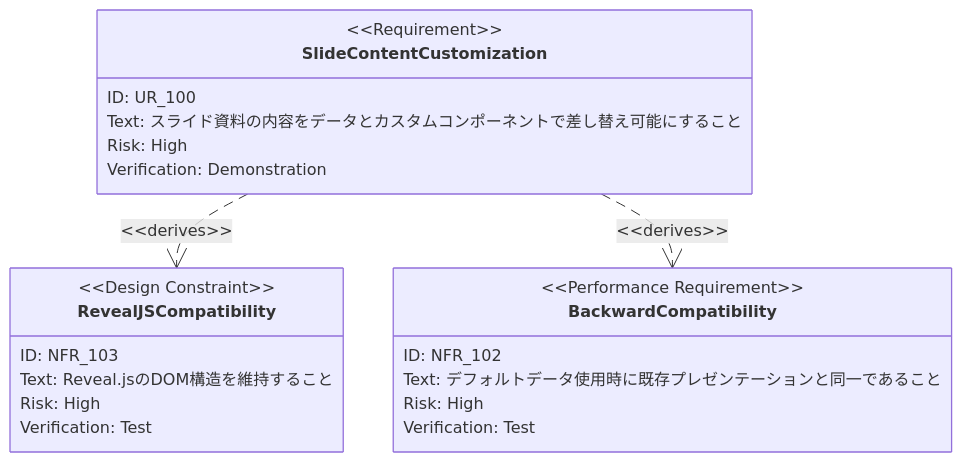
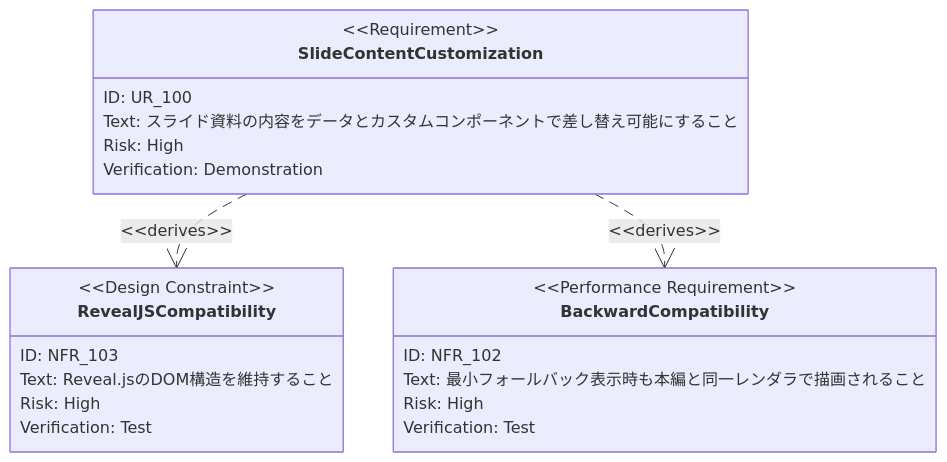
One commit to ToshikiImagawa/slide-presentation-app changed the eighth of 8 diagrams in .sdd/requirement/slide-content-customization.md. Above: the diagram before and after it, drawn with Mermaid. The commit also changed other lines of this file and 25 other files, not shown here.

````diff
--- a/.sdd/requirement/slide-content-customization.md
+++ b/.sdd/requirement/slide-content-customization.md
@@ -399,26 +399,26 @@
 ```mermaid
 requirementDiagram
     requirement SlideContentCustomization {
         id: UR_100
         text: "スライド資料の内容をデータとカスタムコンポーネントで差し替え可能にすること"
         risk: high
         verifymethod: demonstration
     }
 
     designConstraint RevealJSCompatibility {
         id: NFR_103
         text: "Reveal.jsのDOM構造を維持すること"
         risk: high
         verifymethod: test
     }
 
     performanceRequirement BackwardCompatibility {
         id: NFR_102
-        text: "デフォルトデータ使用時に既存プレゼンテーションと同一であること"
+        text: "最小フォールバック表示時も本編と同一レンダラで描画されること"
         risk: high
         verifymethod: test
     }
 
     SlideContentCustomization - derives -> RevealJSCompatibility
     SlideContentCustomization - derives -> BackwardCompatibility
 ```
````
